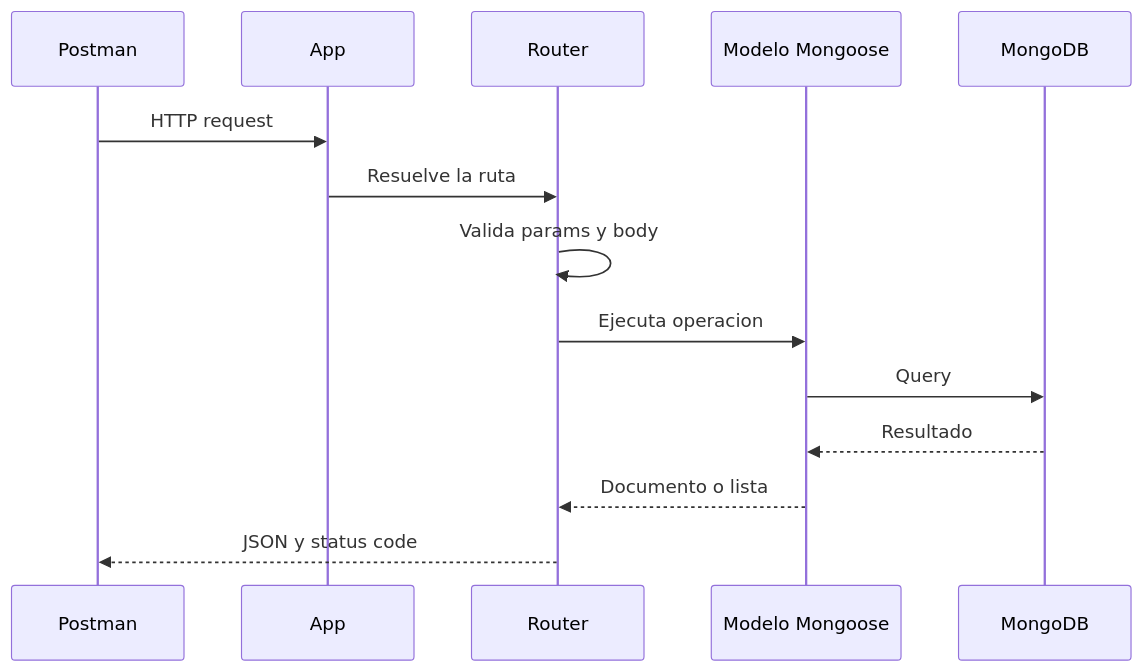
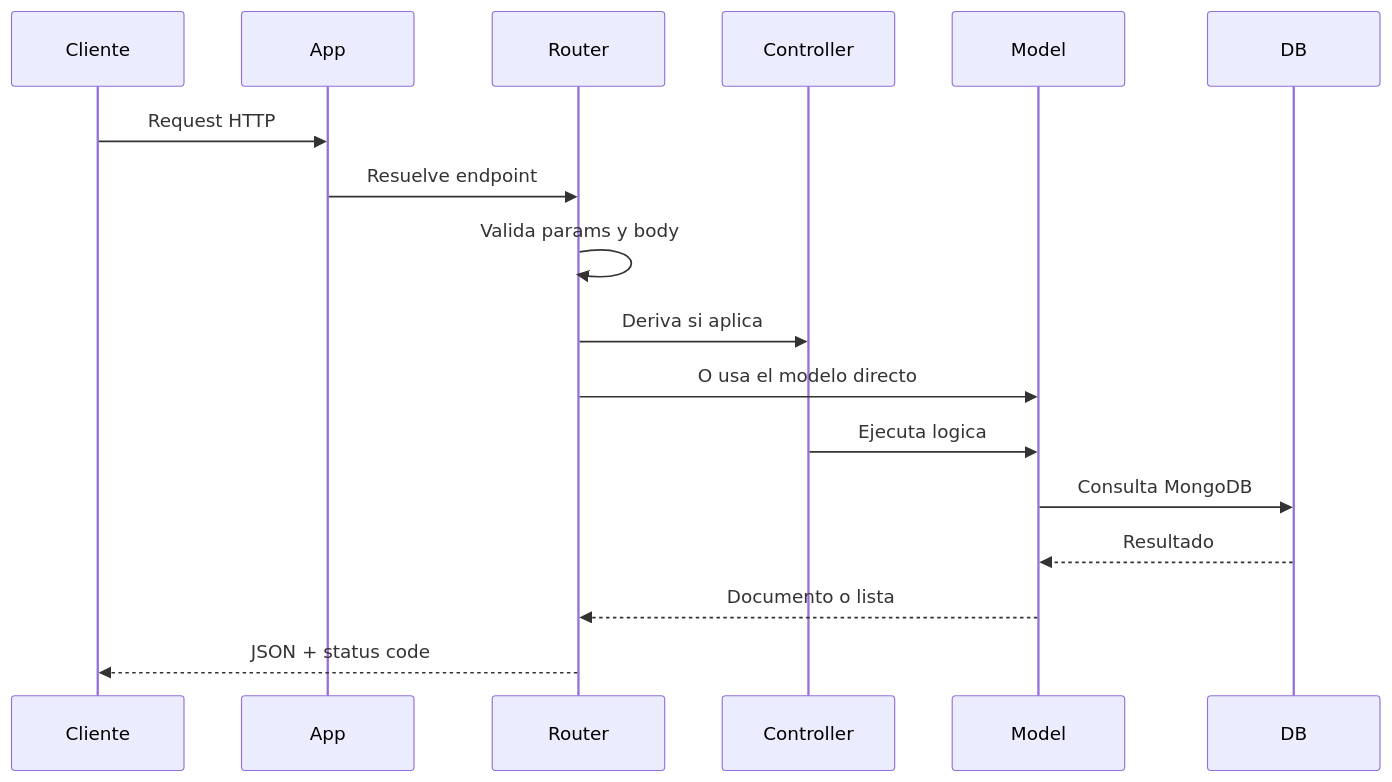
Before and after one commit to sofiaaranoibarra/proyectoBackend: the second of 6 diagrams in README.md, drawn with Mermaid. The commit also changed other lines of this file and 8 other files, not shown here.

````diff
--- a/README.md
+++ b/README.md
@@ -51,17 +56,20 @@
 ```mermaid
 sequenceDiagram
-    participant P as Postman
-    participant A as App
-    participant R as Router
-    participant M as Modelo Mongoose
-    participant DB as MongoDB
+    participant Cliente
+    participant App
+    participant Router
+    participant Controller
+    participant Model
+    participant DB
 
-    P->>A: HTTP request
-    A->>R: Resuelve la ruta
-    R->>R: Valida params y body
-    R->>M: Ejecuta operacion
-    M->>DB: Query
-    DB-->>M: Resultado
-    M-->>R: Documento o lista
-    R-->>P: JSON y status code
+    Cliente->>App: Request HTTP
+    App->>Router: Resuelve endpoint
+    Router->>Router: Valida params y body
+    Router->>Controller: Deriva si aplica
+    Router->>Model: O usa el modelo directo
+    Controller->>Model: Ejecuta logica
+    Model->>DB: Consulta MongoDB
+    DB-->>Model: Resultado
+    Model-->>Router: Documento o lista
+    Router-->>Cliente: JSON + status code
 ```
````
